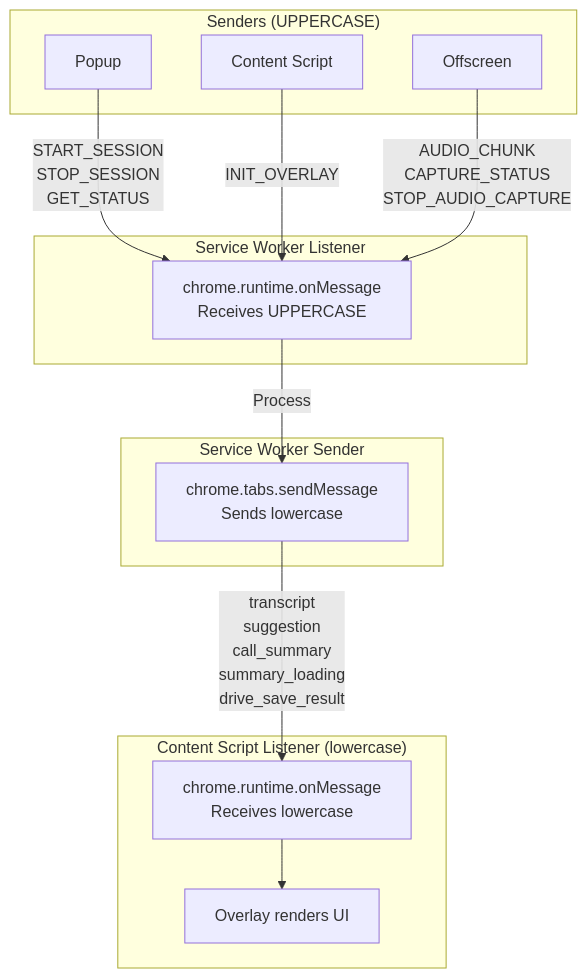
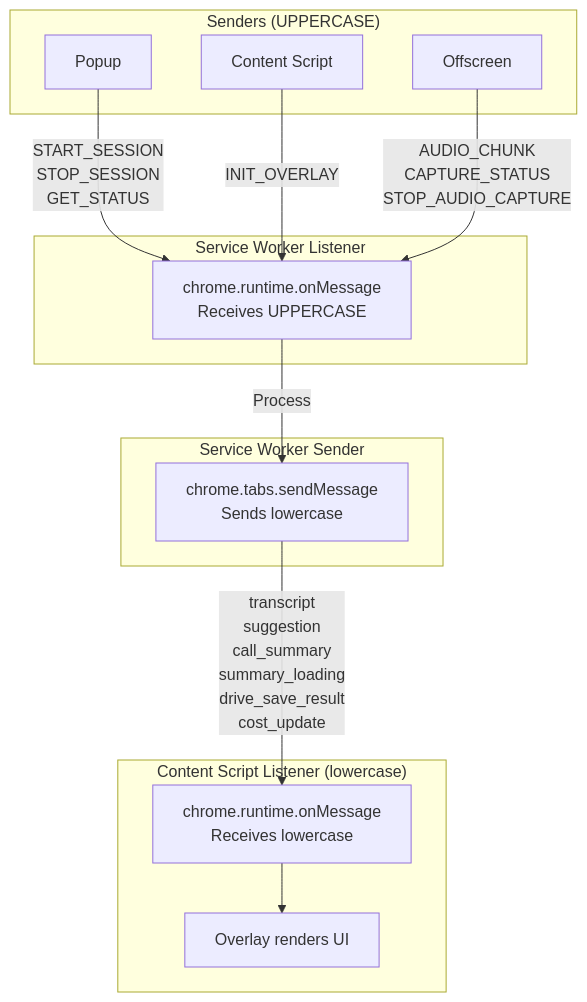
The fifth of 9 diagrams in docs/diagrams/SEQUENCES.md (AntoineDubuc/wingman-ai), drawn with Mermaid before and after one commit. The commit also changed other lines of this file and 10 other files, not shown here.

````diff
--- a/docs/diagrams/SEQUENCES.md
+++ b/docs/diagrams/SEQUENCES.md
@@ -256,31 +279,31 @@
 ```mermaid
 flowchart TB
     subgraph "Senders (UPPERCASE)"
         Popup[Popup]
         Content[Content Script]
         Offscreen[Offscreen]
     end
 
     subgraph "Service Worker Listener"
         Listener[chrome.runtime.onMessage<br/>Receives UPPERCASE]
     end
 
     subgraph "Service Worker Sender"
         Sender[chrome.tabs.sendMessage<br/>Sends lowercase]
     end
 
     subgraph "Content Script Listener (lowercase)"
         ContentListener[chrome.runtime.onMessage<br/>Receives lowercase]
         OverlayRender[Overlay renders UI]
     end
 
     Popup -->|START_SESSION<br/>STOP_SESSION<br/>GET_STATUS| Listener
     Content -->|INIT_OVERLAY| Listener
     Offscreen -->|AUDIO_CHUNK<br/>CAPTURE_STATUS<br/>STOP_AUDIO_CAPTURE| Listener
 
     Listener --> |Process| Sender
 
-    Sender -->|transcript<br/>suggestion<br/>call_summary<br/>summary_loading<br/>drive_save_result| ContentListener
+    Sender -->|transcript<br/>suggestion<br/>call_summary<br/>summary_loading<br/>drive_save_result<br/>cost_update| ContentListener
     ContentListener --> OverlayRender
 
 ```
````
